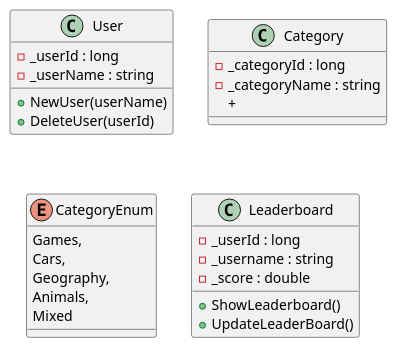
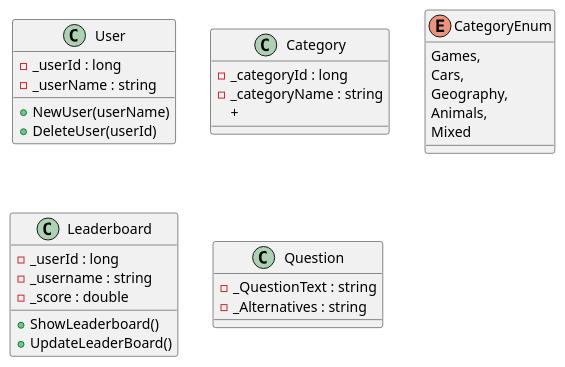
One commit to simenhaga/Software_Design_Eksamen changed the diagram in QuizApp/uml.puml. Above: the diagram before and after it, drawn with PlantUML. The commit also changed 2 other files, not shown here.

Commit message:
Changes to Category.cs and uml.puml

```diff
--- a/QuizApp/uml.puml
+++ b/QuizApp/uml.puml
@@ -1,32 +1,36 @@
 @startuml
 class User{
     - _userId : long
     - _userName : string
     +NewUser(userName)
     +DeleteUser(userId)
 }
 
 class Category{
 - _categoryId : long
 - _categoryName : string
 +
 }
 
 enum CategoryEnum{
     Games,
     Cars,
     Geography,
     Animals,
     Mixed
 }
 
 class Leaderboard{
 - _userId : long
 - _username : string
 -_score : double
 + ShowLeaderboard()
 + UpdateLeaderBoard()
 }
 
+class Question{
+- _QuestionText : string
+- _Alternatives : string
+}
 
 @enduml
```
